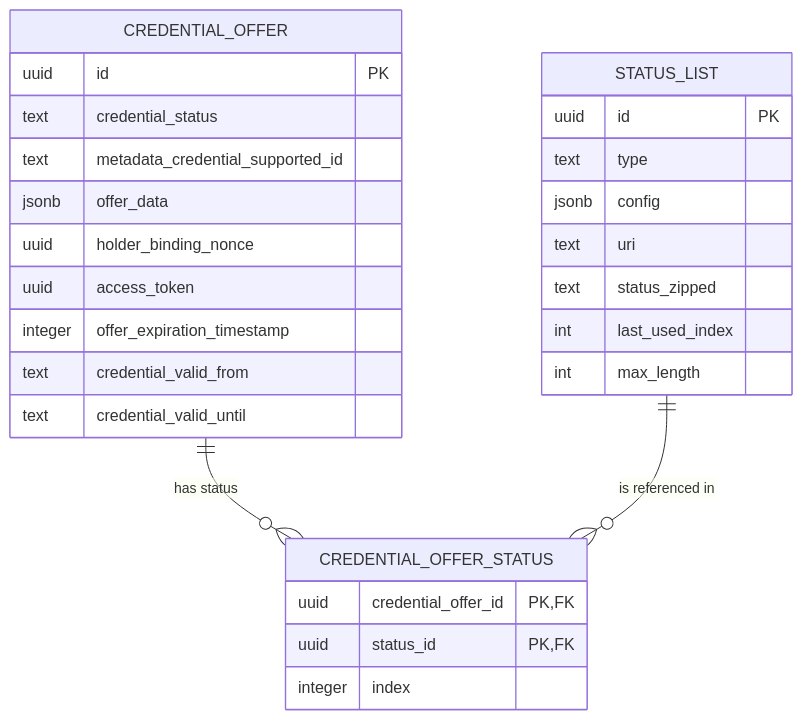
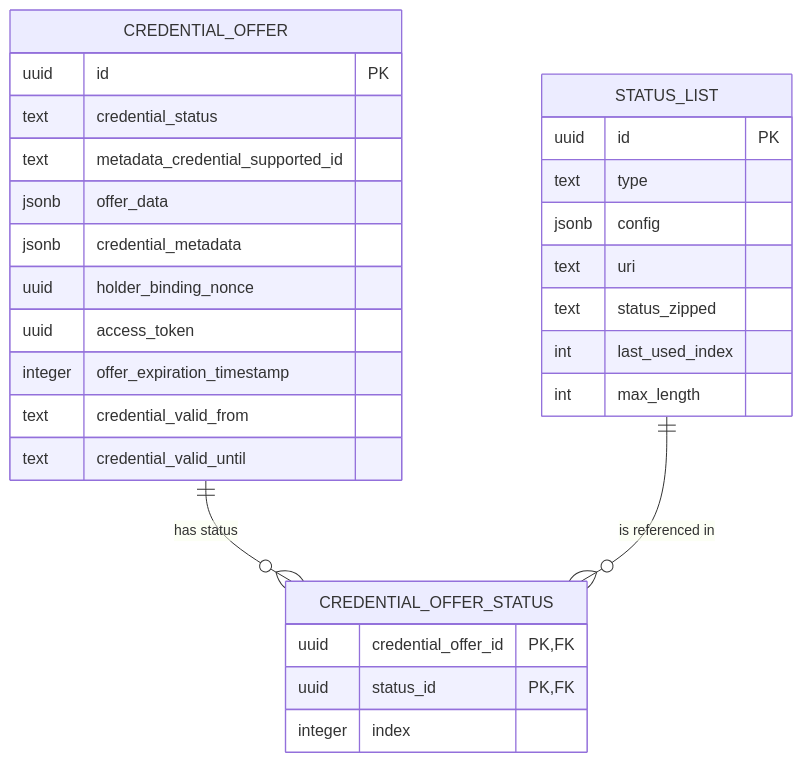
One commit to swiyu-admin-ch/swiyu-issuer changed the second of 3 diagrams in README.md. Above: the diagram before and after it, drawn with Mermaid. The commit also changed 6 other files, not shown here.

Commit message:
feat(EID-2859): Add optional credential metadata structure to pass additional settings or claims for the vc creation not part of the credential subject data.

````diff
--- a/README.md
+++ b/README.md
@@ -260,33 +260,34 @@
 ```mermaid
 erDiagram
     CREDENTIAL_OFFER {
         uuid id PK
         text credential_status
         text metadata_credential_supported_id
         jsonb offer_data
+        jsonb credential_metadata
         uuid holder_binding_nonce
         uuid access_token
         integer offer_expiration_timestamp
         text credential_valid_from
         text credential_valid_until
     }
 
     CREDENTIAL_OFFER_STATUS {
         uuid credential_offer_id PK, FK
         uuid status_id PK, FK
         integer index
     }
 
     STATUS_LIST {
         uuid id PK
         text type
         jsonb config
         text uri
         text status_zipped
         int last_used_index
         int max_length
     }
 
     CREDENTIAL_OFFER one to many CREDENTIAL_OFFER_STATUS: "has status"
     STATUS_LIST one to many CREDENTIAL_OFFER_STATUS: "is referenced in"
 ```
````
